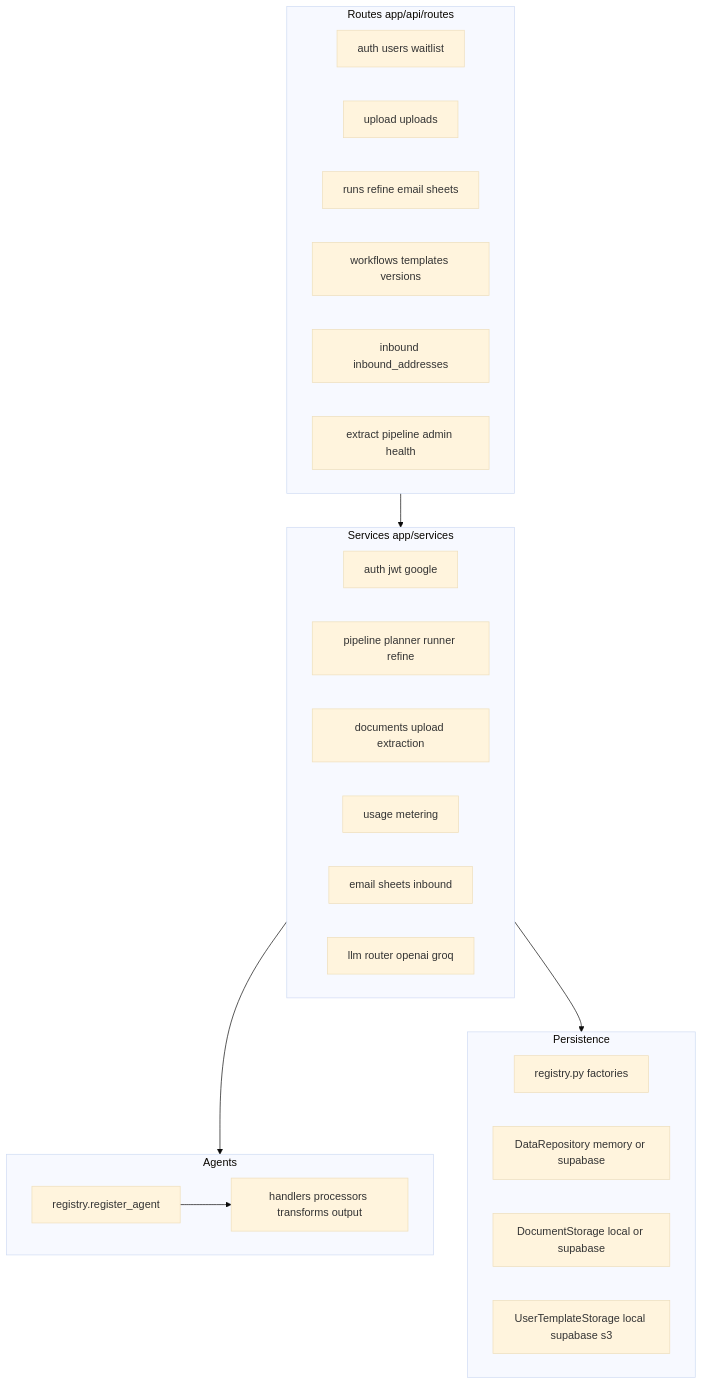
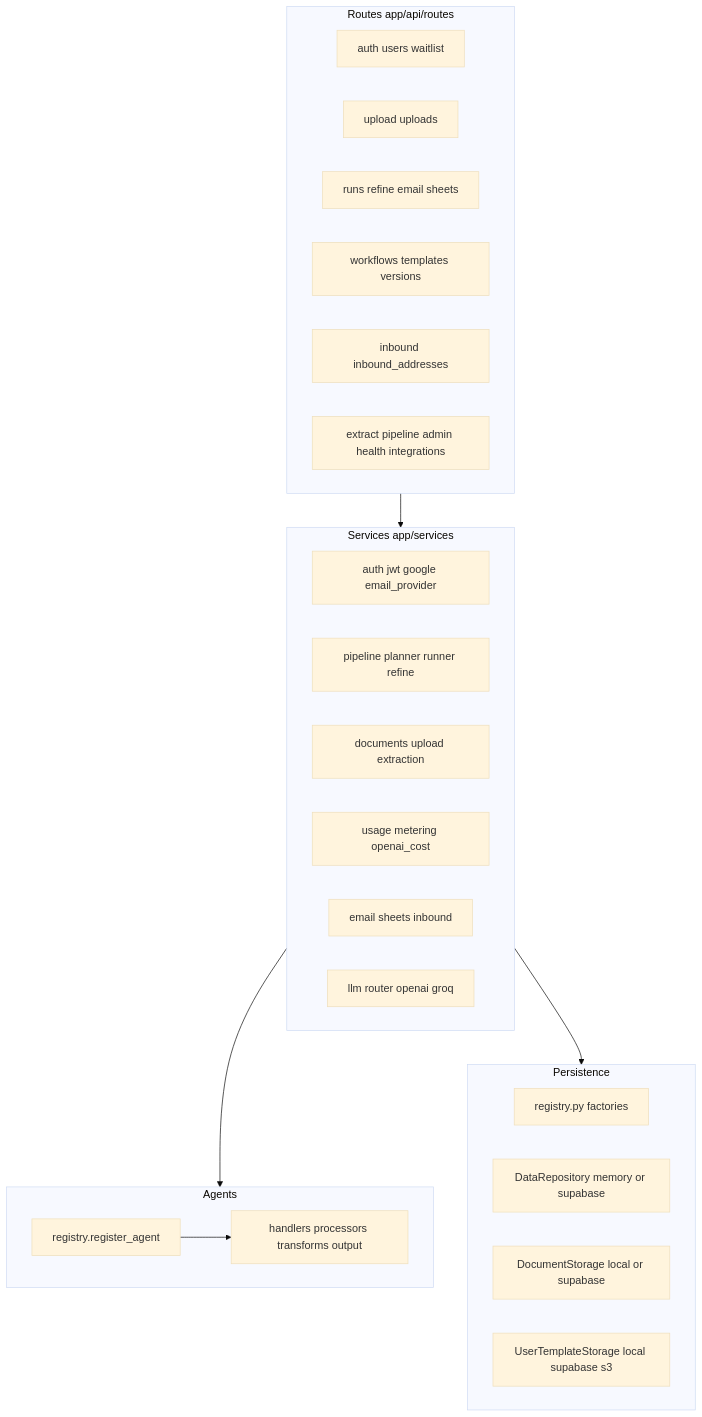
One commit to DeadPixel27/agentflow changed the third of 7 diagrams in docs/ARCHITECTURE.md. Above: the diagram before and after it, drawn with Mermaid (base theme). The commit also changed other lines of this file, not shown here.

First line of the commit message:
Update ARCHITECTURE.md for auth, metering, and launch posture.

````diff
--- a/docs/ARCHITECTURE.md
+++ b/docs/ARCHITECTURE.md
@@ -190,37 +193,37 @@
 ```mermaid
 flowchart TB
   subgraph routes [Routes app/api/routes]
     R1["auth users waitlist"]
     R2["upload uploads"]
     R3["runs refine email sheets"]
     R4["workflows templates versions"]
     R5["inbound inbound_addresses"]
-    R6["extract pipeline admin health"]
+    R6["extract pipeline admin health integrations"]
   end
 
   subgraph services [Services app/services]
-    S1["auth jwt google"]
+    S1["auth jwt google email_provider"]
     S2["pipeline planner runner refine"]
     S3["documents upload extraction"]
-    S4["usage metering"]
+    S4["usage metering openai_cost"]
     S5["email sheets inbound"]
     S6["llm router openai groq"]
   end
 
   subgraph agents [Agents]
     Reg["registry.register_agent"]
     H["handlers processors transforms output"]
   end
 
   subgraph persistence [Persistence]
     Fac["registry.py factories"]
     DR["DataRepository memory or supabase"]
     DS["DocumentStorage local or supabase"]
     UT["UserTemplateStorage local supabase s3"]
   end
 
   routes --> services
   services --> agents
   services --> persistence
   Reg --> H
 ```
````
